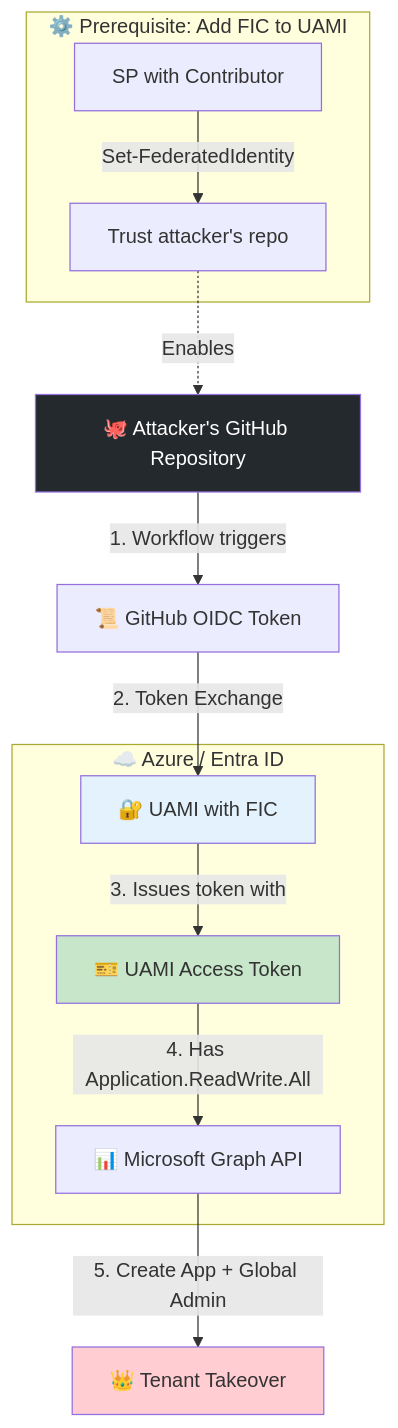
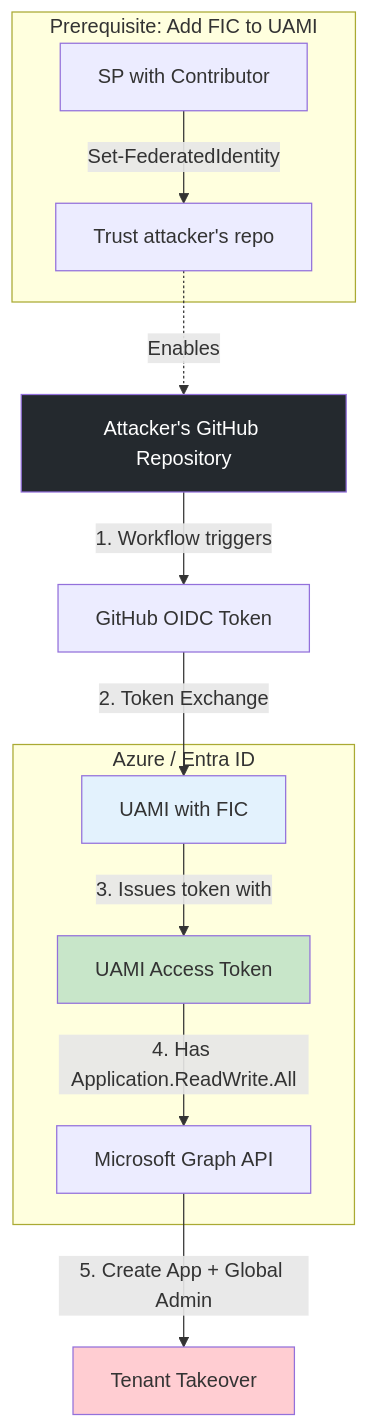
The fourth of 6 diagrams in README.md (azurekid/mc2-connect), drawn with Mermaid before and after one commit. The commit also changed other lines of this file, not shown here.

````diff
--- a/README.md
+++ b/README.md
@@ -384,26 +384,26 @@
 ```mermaid
 flowchart TD
-    A[🐙 Attacker's GitHub Repository] -->|1. Workflow triggers| B[📜 GitHub OIDC Token]
+    A[Attacker's GitHub Repository] -->|1. Workflow triggers| B[GitHub OIDC Token]
     
-    subgraph Azure["☁️ Azure / Entra ID"]
-        C[🔐 UAMI with FIC]
-        D[🎫 UAMI Access Token]
-        E[📊 Microsoft Graph API]
+    subgraph Azure["Azure / Entra ID"]
+        C[UAMI with FIC]
+        D[UAMI Access Token]
+        E[Microsoft Graph API]
     end
     
     B -->|2. Token Exchange| C
     C -->|3. Issues token with| D
     D -->|4. Has Application.ReadWrite.All| E
-    E -->|5. Create App + Global Admin| F[👑 Tenant Takeover]
+    E -->|5. Create App + Global Admin| F[Tenant Takeover]
 
-    subgraph Prerequisite["⚙️ Prerequisite: Add FIC to UAMI"]
+    subgraph Prerequisite["Prerequisite: Add FIC to UAMI"]
         P1[SP with Contributor] -->|Set-FederatedIdentity| P2[Trust attacker's repo]
     end
 
     P2 -.->|Enables| A
 
     style A fill:#24292e,color:#fff
     style F fill:#ffcdd2
     style C fill:#e3f2fd
     style D fill:#c8e6c9
 ```
````
